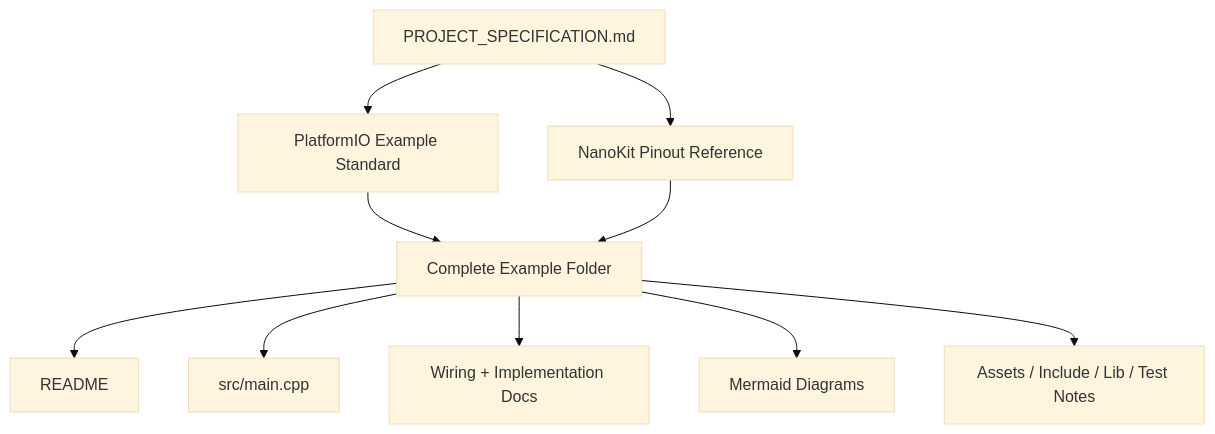
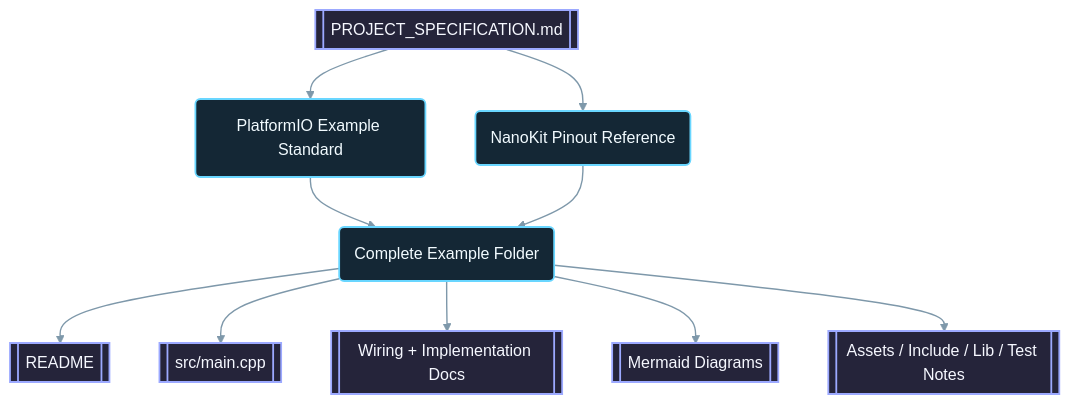
One commit to ProAmineOfficial/NanoKit-ESP32 changed the diagram in README.md. Above: the diagram before and after it, drawn with Mermaid (base theme). The commit also changed 15 other files, not shown here.

Commit message:
docs: apply semantic Mermaid styling

````diff
--- a/README.md
+++ b/README.md
@@ -311,12 +311,18 @@
 ```mermaid
 flowchart TD
-  A[PROJECT_SPECIFICATION.md] --> B[PlatformIO Example Standard]
-  A --> C[NanoKit Pinout Reference]
-  B --> D[Complete Example Folder]
+  A[[PROJECT_SPECIFICATION.md]] --> B(PlatformIO Example Standard)
+  A --> C(NanoKit Pinout Reference)
+  B --> D(Complete Example Folder)
   C --> D
-  D --> E[README]
-  D --> F[src/main.cpp]
-  D --> G[Wiring + Implementation Docs]
-  D --> H[Mermaid Diagrams]
-  D --> I[Assets / Include / Lib / Test Notes]
+  D --> E[[README]]
+  D --> F[[src/main.cpp]]
+  D --> G[[Wiring + Implementation Docs]]
+  D --> H[[Mermaid Diagrams]]
+  D --> I[[Assets / Include / Lib / Test Notes]]
+
+  classDef document fill:#25243a,stroke:#9ca9ff,stroke-width:1.8px,color:#f6f8ff
+  classDef process fill:#142735,stroke:#69d6ff,stroke-width:1.8px,color:#f2fbff
+  class A,E,F,G,H,I document
+  class B,C,D process
+  linkStyle default stroke:#7e98aa,stroke-width:1.4px
 ```
````
